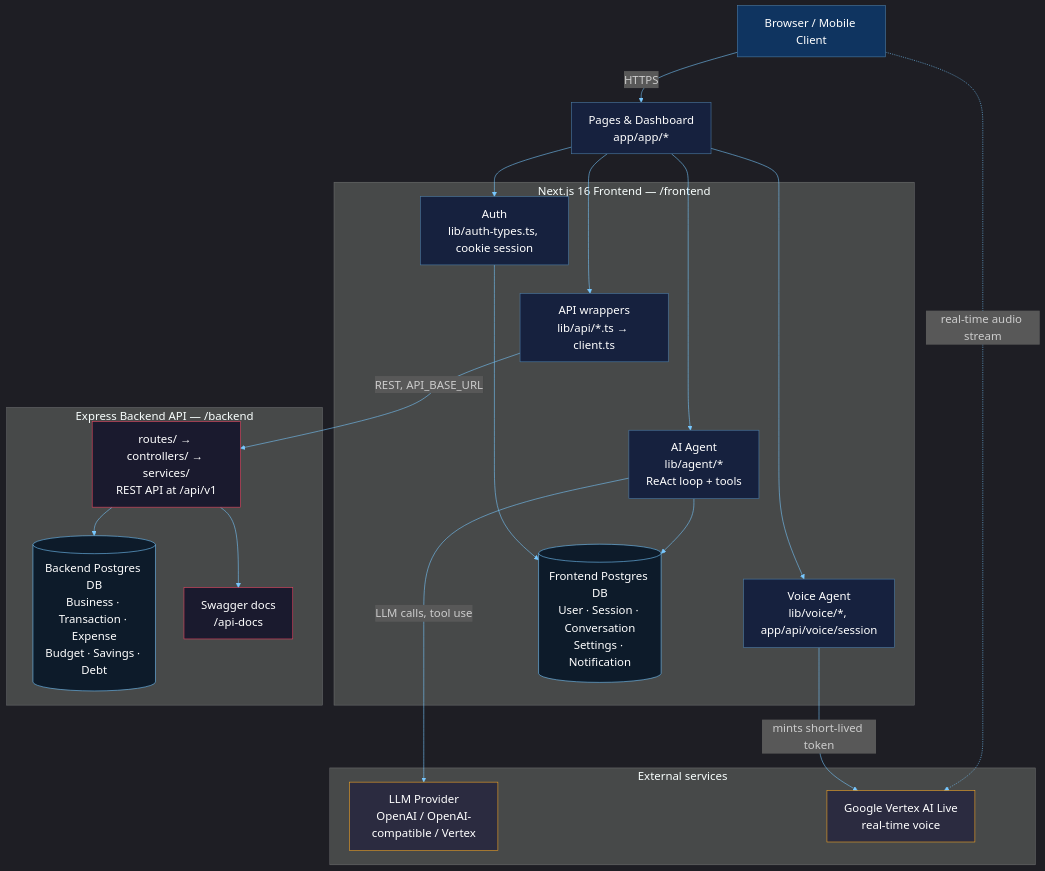
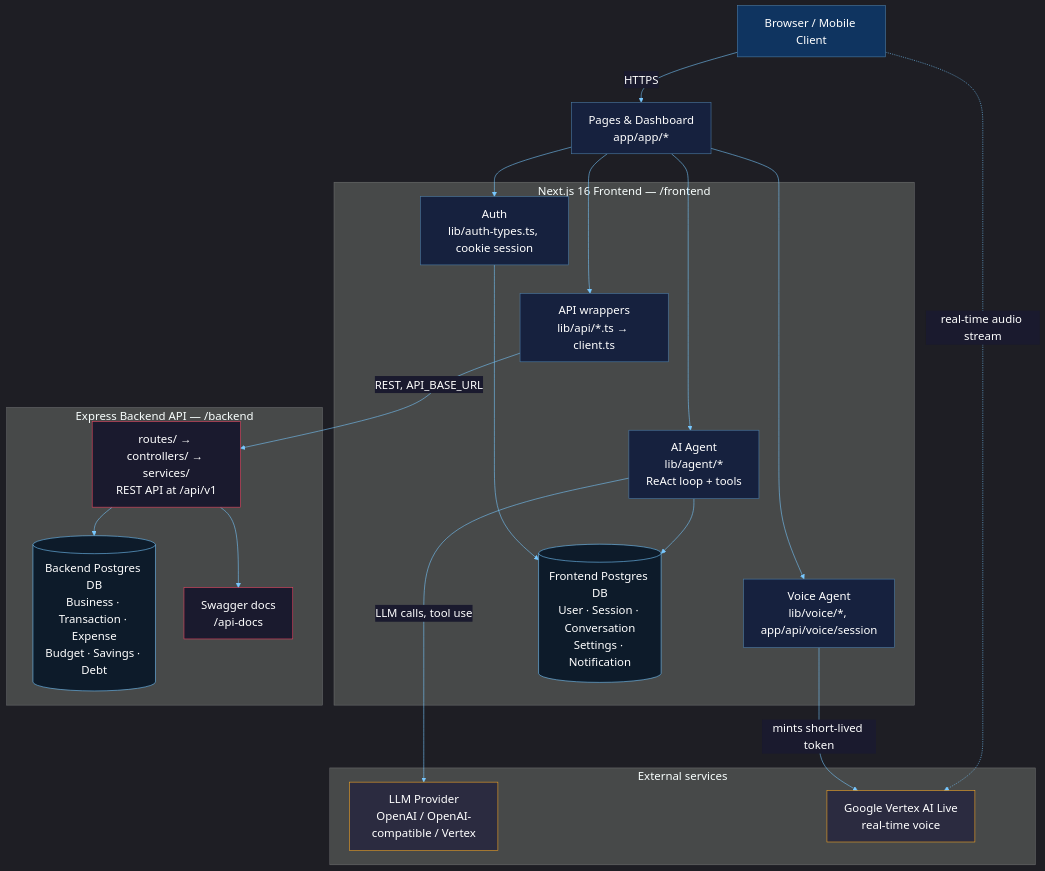
Before and after one commit to armankhan9870/VyaparSetu: the diagram in README.md, drawn with Mermaid. The commit also changed other lines of this file, not shown here.

Commit message:
Fix architecture diagram layout

````diff
--- a/README.md
+++ b/README.md
@@ -58,57 +58,57 @@
 ```mermaid
-%%{init: {"theme": "dark", "themeVariables": {"fontSize": "20px", "primaryColor": "#16213e", "primaryTextColor": "#ffffff", "primaryBorderColor": "#4d7ea8", "lineColor": "#78c8ff"}}}%%
+%%{init: {"theme": "dark", "themeVariables": {"fontSize": "20px", "primaryColor": "#16213e", "primaryTextColor": "#ffffff", "primaryBorderColor": "#4d7ea8", "lineColor": "#78c8ff", "edgeLabelBackground": "#1a1a2e", "textColor": "#ffffff"}}}%%
 flowchart TB
     Browser["Browser / Mobile Client"]
     Pages["Pages & Dashboard\napp/app/*"]
 
     subgraph FE["Next.js 16 Frontend — /frontend"]
         AuthLib["Auth\nlib/auth-types.ts, cookie session"]
         ApiClient["API wrappers\nlib/api/*.ts → client.ts"]
         Agent["AI Agent\nlib/agent/*\nReAct loop + tools"]
         VoiceSession["Voice Agent\nlib/voice/*, app/api/voice/session"]
         FEDb[("Frontend Postgres DB\nUser · Session · Conversation\nSettings · Notification")]
     end
 
     subgraph BE["Express Backend API — /backend"]
         Routes["routes/ → controllers/ → services/\nREST API at /api/v1"]
         BEDb[("Backend Postgres DB\nBusiness · Transaction · Expense\nBudget · Savings · Debt")]
         Swagger["Swagger docs\n/api-docs"]
     end
 
     subgraph Ext["External services"]
         LLM["LLM Provider\nOpenAI / OpenAI-compatible / Vertex"]
         Vertex["Google Vertex AI Live\nreal-time voice"]
     end
 
     Browser -->|HTTPS| Pages
     Pages --> AuthLib
     Pages --> ApiClient
     Pages --> Agent
     Pages --> VoiceSession
     AuthLib ~~~ ApiClient
     ApiClient ~~~ Agent
     Agent ~~~ VoiceSession
 
     AuthLib --> FEDb
     Agent --> FEDb
 
     ApiClient -->|REST, API_BASE_URL| Routes
     Routes --> BEDb
     Routes --> Swagger
 
     Agent -->|LLM calls, tool use| LLM
     VoiceSession -->|mints short-lived token| Vertex
     Browser -.->|real-time audio stream| Vertex
 
     classDef client fill:#0f3460,color:#fff,stroke:#4d7ea8,stroke-width:1px
     classDef frontend fill:#16213e,color:#fff,stroke:#4d7ea8,stroke-width:1px
     classDef backend fill:#1a1a2e,color:#fff,stroke:#e94560,stroke-width:1px
     classDef external fill:#2b2b40,color:#fff,stroke:#f5a623,stroke-width:1px
     classDef db fill:#0d1b2a,color:#fff,stroke:#78c8ff,stroke-width:1px
 
     class Browser client
     class Pages,AuthLib,ApiClient,Agent,VoiceSession frontend
     class Routes,Swagger backend
     class LLM,Vertex external
     class FEDb,BEDb db
 ```
````
